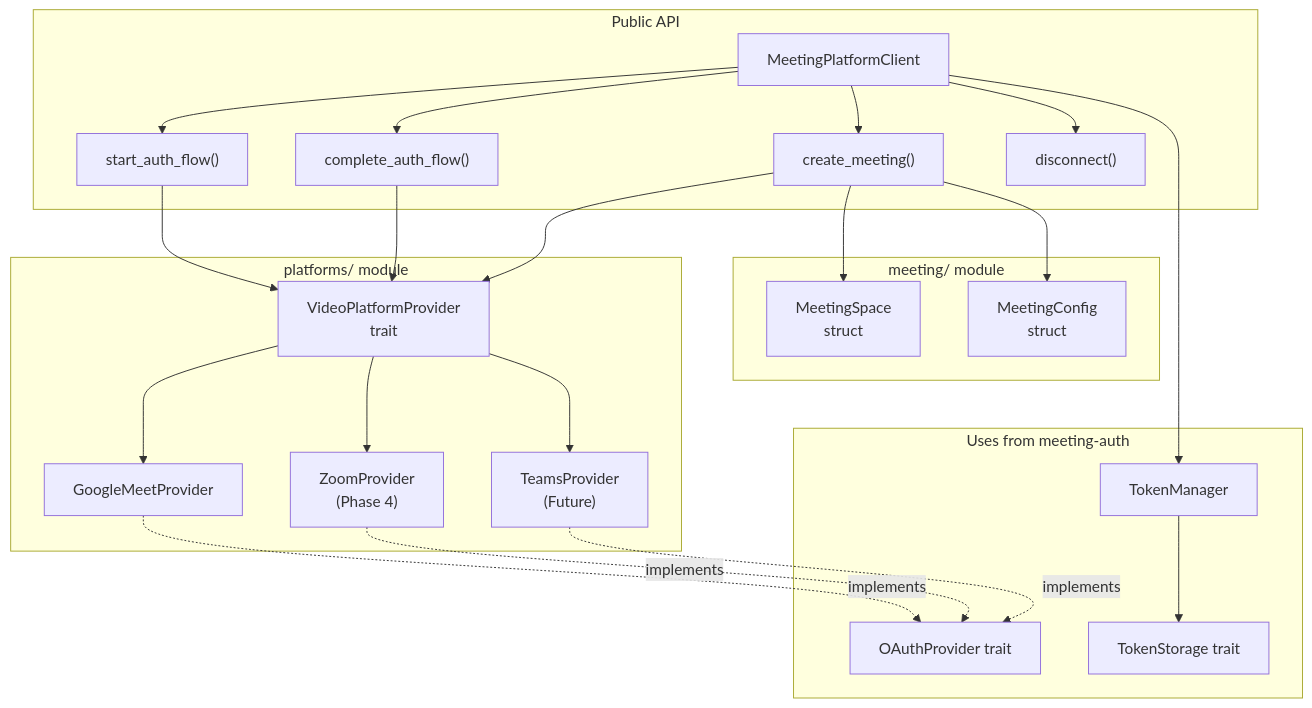
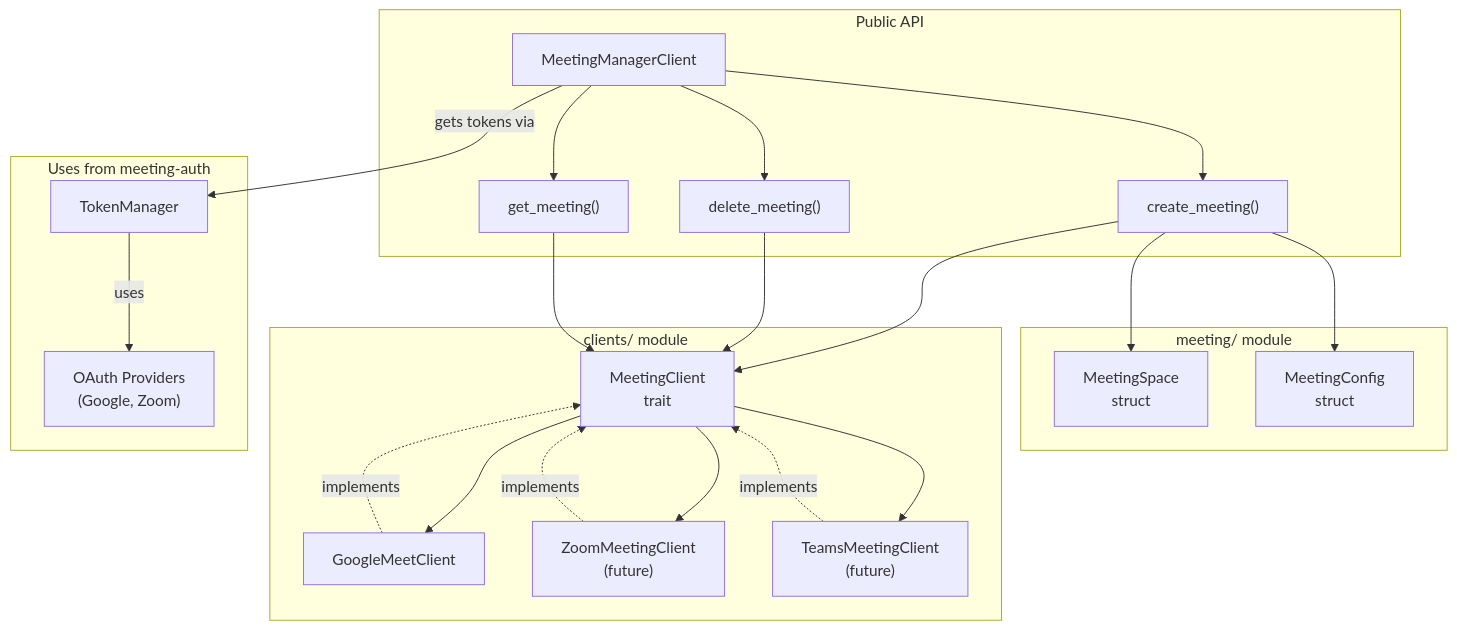
One commit to refactor-group/refactor-platform-rs changed the third of 5 diagrams in docs/implementation-plans/meeting-and-auth-abstraction-layers.md. Above: the diagram before and after it, drawn with Mermaid. The commit also changed other lines of this file, not shown here.

First line of the commit message:
refactor: Restructure meeting-auth and meeting-manager architecture

````diff
--- a/docs/implementation-plans/meeting-and-auth-abstraction-layers.md
+++ b/docs/implementation-plans/meeting-and-auth-abstraction-layers.md
@@ -214,52 +230,48 @@
 ```mermaid
 flowchart TB
     subgraph PublicAPI["Public API"]
-        MeetingPlatformClient["MeetingPlatformClient"]
-        StartAuthFlow["start_auth_flow()"]
-        CompleteAuthFlow["complete_auth_flow()"]
+        MeetingManagerClient["MeetingManagerClient"]
         CreateMeeting["create_meeting()"]
-        Disconnect["disconnect()"]
+        DeleteMeeting["delete_meeting()"]
+        GetMeeting["get_meeting()"]
     end
 
     subgraph Meeting["meeting/ module"]
         MeetingSpace["MeetingSpace<br/>struct"]
         MeetingConfig["MeetingConfig<br/>struct"]
     end
 
-    subgraph Platforms["platforms/ module"]
-        VideoPlatformTrait["VideoPlatformProvider<br/>trait"]
-        GoogleMeetProvider["GoogleMeetProvider"]
-        ZoomProvider["ZoomProvider<br/>(Phase 4)"]
-        TeamsProvider["TeamsProvider<br/>(Future)"]
+    subgraph Clients["clients/ module"]
+        MeetingClientTrait["MeetingClient<br/>trait"]
+        GoogleMeetClient["GoogleMeetClient"]
+        ZoomMeetingClient["ZoomMeetingClient<br/>(future)"]
+        TeamsMeetingClient["TeamsMeetingClient<br/>(future)"]
     end
 
     subgraph FromMeetingAuth["Uses from meeting-auth"]
-        OAuthProvider["OAuthProvider trait"]
-        TokenStorage["TokenStorage trait"]
         TokenManager["TokenManager"]
+        OAuthProviders["OAuth Providers<br/>(Google, Zoom)"]
     end
 
-    MeetingPlatformClient --> StartAuthFlow
-    MeetingPlatformClient --> CompleteAuthFlow
-    MeetingPlatformClient --> CreateMeeting
-    MeetingPlatformClient --> Disconnect
+    MeetingManagerClient --> CreateMeeting
+    MeetingManagerClient --> DeleteMeeting
+    MeetingManagerClient --> GetMeeting
 
-    MeetingPlatformClient --> TokenManager
+    MeetingManagerClient -->|"gets tokens via"| TokenManager
+    TokenManager -->|"uses"| OAuthProviders
 
-    StartAuthFlow --> VideoPlatformTrait
-    CompleteAuthFlow --> VideoPlatformTrait
-    CreateMeeting --> VideoPlatformTrait
+    CreateMeeting --> MeetingClientTrait
+    DeleteMeeting --> MeetingClientTrait
+    GetMeeting --> MeetingClientTrait
 
-    VideoPlatformTrait --> GoogleMeetProvider
-    VideoPlatformTrait --> ZoomProvider
-    VideoPlatformTrait --> TeamsProvider
+    MeetingClientTrait --> GoogleMeetClient
+    MeetingClientTrait --> ZoomMeetingClient
+    MeetingClientTrait --> TeamsMeetingClient
 
-    GoogleMeetProvider -.->|"implements"| OAuthProvider
-    ZoomProvider -.->|"implements"| OAuthProvider
-    TeamsProvider -.->|"implements"| OAuthProvider
+    GoogleMeetClient -.->|"implements"| MeetingClientTrait
+    ZoomMeetingClient -.->|"implements"| MeetingClientTrait
+    TeamsMeetingClient -.->|"implements"| MeetingClientTrait
 
     CreateMeeting --> MeetingSpace
     CreateMeeting --> MeetingConfig
-
-    TokenManager --> TokenStorage
 ```
````
